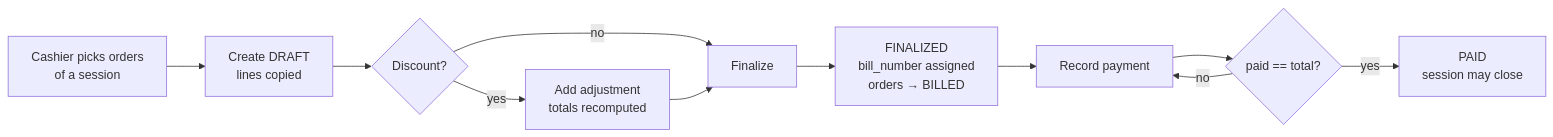
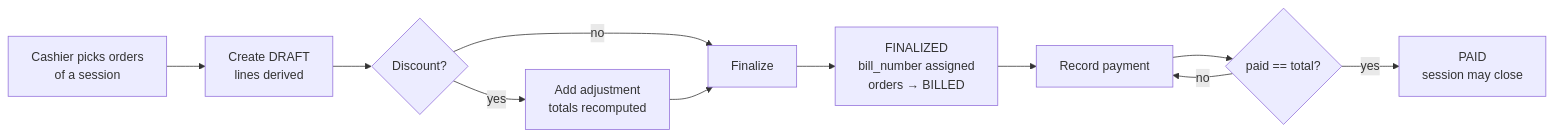
Before and after one commit to Kamranpathan98/reward-bites-ops: the fifth of 6 diagrams in restaurant-saas-v1-architecture.md, drawn with Mermaid. The commit also changed other lines of this file and 64 other files, not shown here.

````diff
--- a/restaurant-saas-v1-architecture.md
+++ b/restaurant-saas-v1-architecture.md
@@ -318,13 +318,13 @@
 ```mermaid
 flowchart LR
-  A[Cashier picks orders<br/>of a session] --> B[Create DRAFT<br/>lines copied]
+  A[Cashier picks orders<br/>of a session] --> B[Create DRAFT<br/>lines derived]
   B --> C{Discount?}
   C -->|yes| D[Add adjustment<br/>totals recomputed]
   C -->|no| E[Finalize]
   D --> E
   E --> F[FINALIZED<br/>bill_number assigned<br/>orders → BILLED]
   F --> G[Record payment]
   G --> H{paid == total?}
   H -->|yes| I[PAID<br/>session may close]
   H -->|no| G
 ```
````
